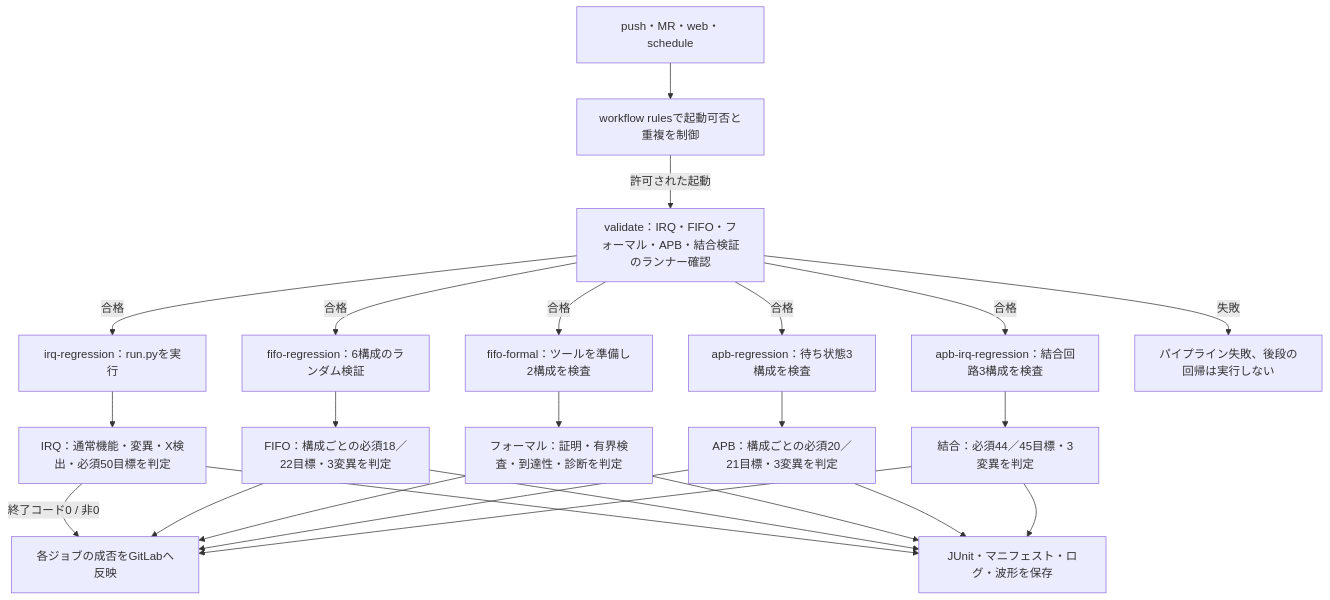
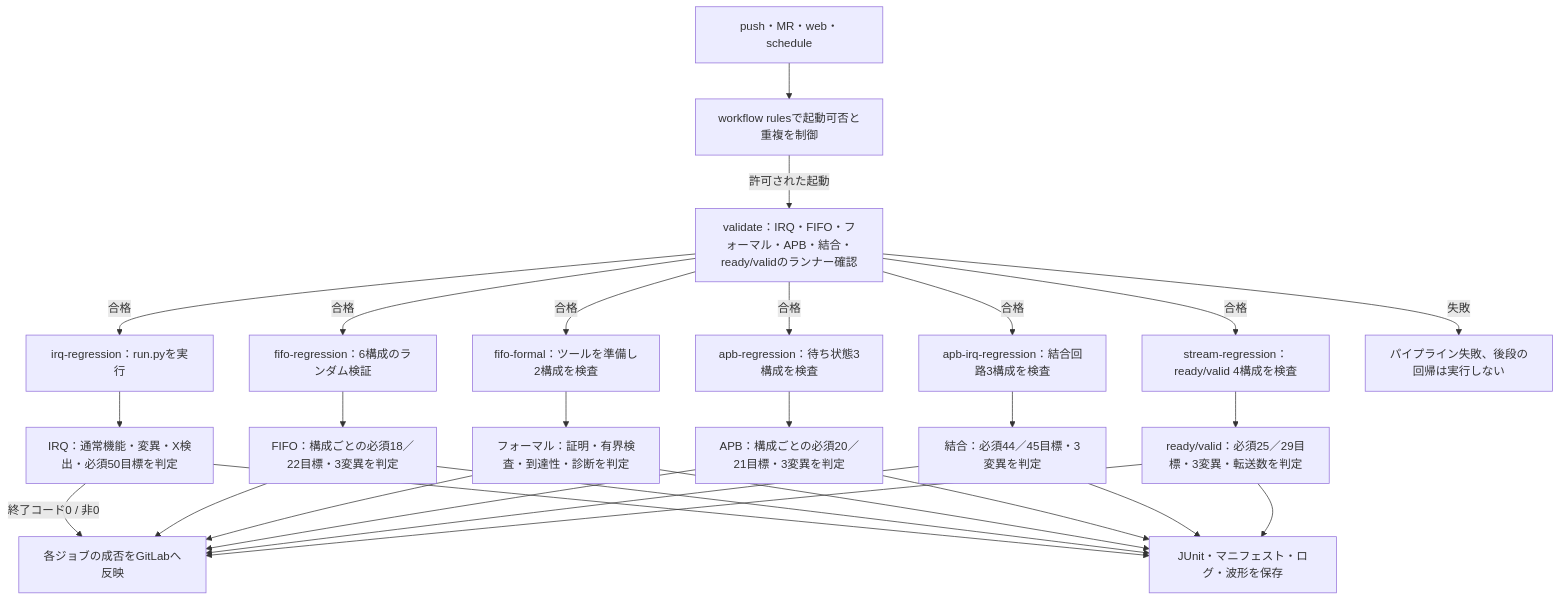
One commit to kurochan001/lsi-verification-method changed the diagram in examples/gitlab-regression/README.md. Above: the diagram before and after it, drawn with Mermaid. The commit also changed other lines of this file and 14 other files, not shown here.

Commit message:
feat: add ready-valid stream verification and GitLab CI

````diff
--- a/examples/gitlab-regression/README.md
+++ b/examples/gitlab-regression/README.md
@@ -78,28 +78,32 @@
 ```mermaid
 flowchart TD
-  accTitle: 五つの検証例を実行するGitLabパイプライン
-  accDescr: workflowが許可した起動で五種類のランナー確認を行い、成功後にIRQ、FIFO六構成、フォーマル二構成、APB三構成とAPB・割込み結合三構成を実行して結果と証跡を保存する。
+  accTitle: 六つの検証例を実行するGitLabパイプライン
+  accDescr: workflowが許可した起動で六種類のランナー確認を行い、成功後にIRQ、FIFO六構成、フォーマル二構成、APB三構成とAPB・割込み結合三構成、ready/valid四構成を実行して結果と証跡を保存する。
   T["push・MR・web・schedule"] --> W["workflow rulesで起動可否と重複を制御"]
-  W -- "許可された起動" --> V["validate：IRQ・FIFO・フォーマル・APB・結合検証のランナー確認"]
+  W -- "許可された起動" --> V["validate：IRQ・FIFO・フォーマル・APB・結合・ready/validのランナー確認"]
   V -- "合格" --> R["irq-regression：run.pyを実行"]
   V -- "合格" --> Q["fifo-regression：6構成のランダム検証"]
   V -- "合格" --> M["fifo-formal：ツールを準備し2構成を検査"]
   V -- "合格" --> B["apb-regression：待ち状態3構成を検査"]
   V -- "合格" --> BI["apb-irq-regression：結合回路3構成を検査"]
+  V -- "合格" --> S["stream-regression：ready/valid 4構成を検査"]
   V -- "失敗" --> F["パイプライン失敗、後段の回帰は実行しない"]
   R --> G["IRQ：通常機能・変異・X検出・必須50目標を判定"]
   Q --> GQ["FIFO：構成ごとの必須18／22目標・3変異を判定"]
   M --> GM["フォーマル：証明・有界検査・到達性・診断を判定"]
   B --> GB["APB：構成ごとの必須20／21目標・3変異を判定"]
   BI --> GBI["結合：必須44／45目標・3変異を判定"]
+  S --> GS["ready/valid：必須25／29目標・3変異・転送数を判定"]
   G -- "終了コード0 / 非0" --> J["各ジョブの成否をGitLabへ反映"]
   GQ --> J
   GM --> J
   GB --> J
   GBI --> J
+  GS --> J
   G --> A["JUnit・マニフェスト・ログ・波形を保存"]
   GQ --> A
   GM --> A
   GB --> A
   GBI --> A
+  GS --> A
 ```
````
